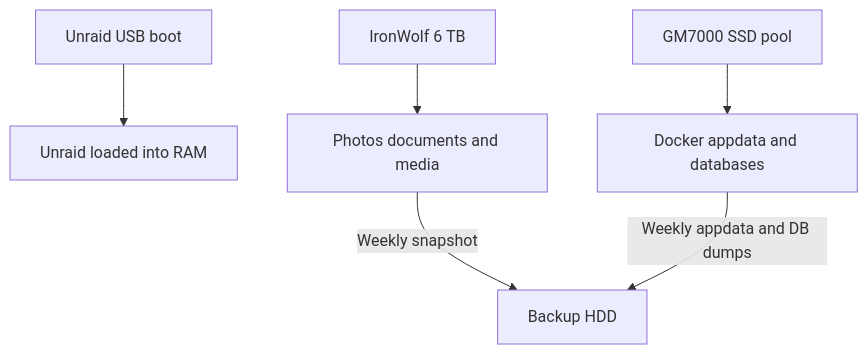
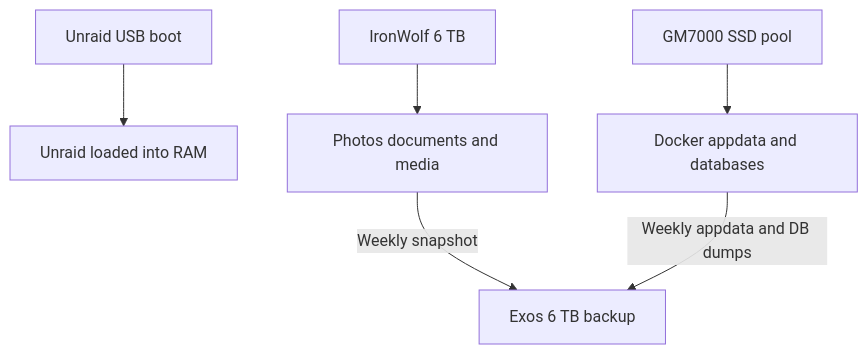
One commit to brianperreras/brian-home-server changed the first of 3 diagrams in diagrams/architecture.md. Above: the diagram before and after it, drawn with Mermaid. The commit also changed other lines of this file and 25 other files, not shown here.

````diff
--- a/diagrams/architecture.md
+++ b/diagrams/architecture.md
@@ -5,8 +5,8 @@
 ```mermaid
 flowchart TD
     USB[Unraid USB boot] --> RAM[Unraid loaded into RAM]
     NVME[GM7000 SSD pool] --> APP[Docker appdata and databases]
     HDD[IronWolf 6 TB] --> DATA[Photos documents and media]
-    DATA -->|Weekly snapshot| BK[Backup HDD]
+    DATA -->|Weekly snapshot| BK[Exos 6 TB backup]
     APP -->|Weekly appdata and DB dumps| BK
 ```
````
